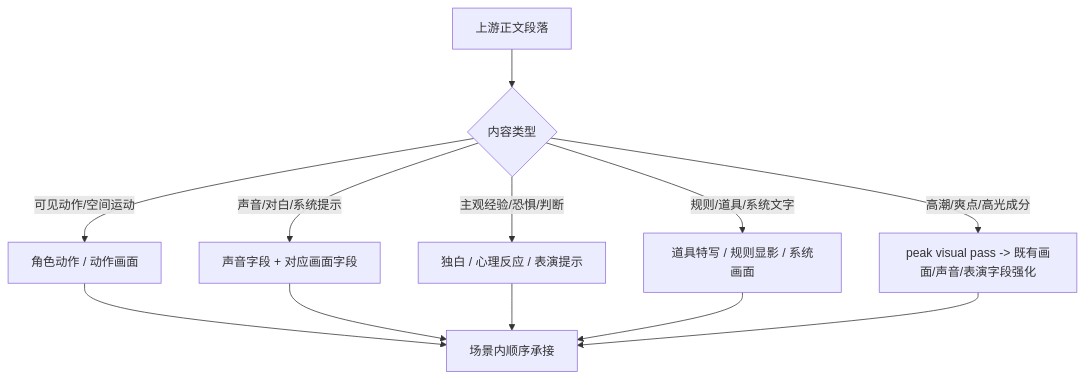
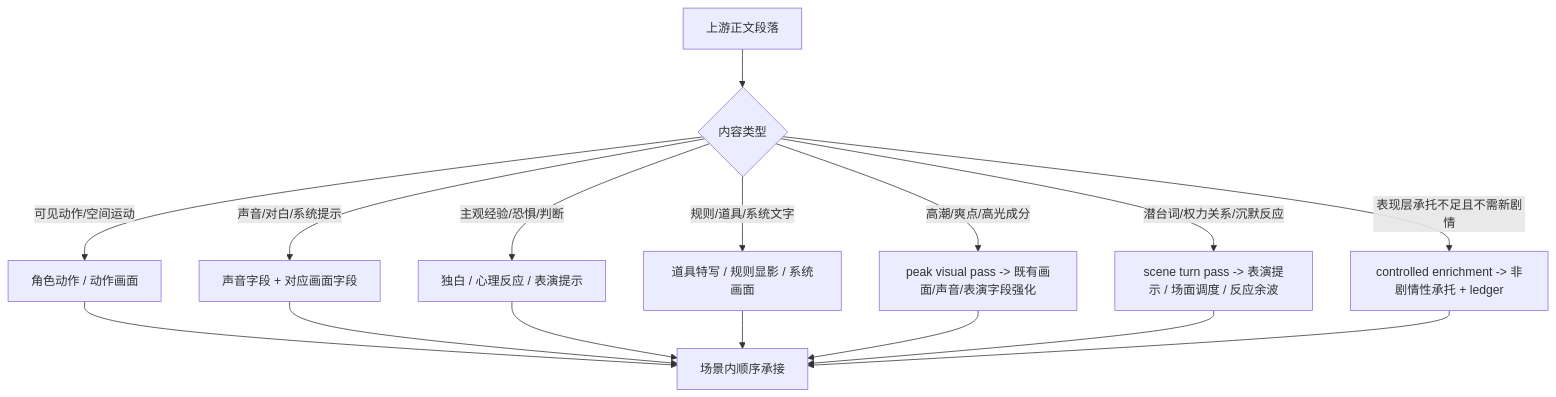
Before and after one commit to ZEN-VOID/AI-CUT: the second of 2 diagrams in .agents/skills/aigc/2-编导/SKILL.md, drawn with Mermaid. The commit also changed other lines of this file and 122 other files, not shown here.

````diff
--- a/.agents/skills/aigc/2-编导/SKILL.md
+++ b/.agents/skills/aigc/2-编导/SKILL.md
@@ -171,14 +184,18 @@
 ```mermaid
 flowchart TD
     A["上游正文段落"] --> B{"内容类型"}
     B -->|"可见动作/空间运动"| C["角色动作 / 动作画面"]
     B -->|"声音/对白/系统提示"| D["声音字段 + 对应画面字段"]
     B -->|"主观经验/恐惧/判断"| E["独白 / 心理反应 / 表演提示"]
     B -->|"规则/道具/系统文字"| F["道具特写 / 规则显影 / 系统画面"]
     B -->|"高潮/爽点/高光成分"| H["peak visual pass -> 既有画面/声音/表演字段强化"]
+    B -->|"潜台词/权力关系/沉默反应"| I["scene turn pass -> 表演提示 / 场面调度 / 反应余波"]
+    B -->|"表现层承托不足且不需新剧情"| J["controlled enrichment -> 非剧情性承托 + ledger"]
     C --> G["场景内顺序承接"]
     D --> G
     E --> G
     F --> G
     H --> G
+    I --> G
+    J --> G
 ```
````
